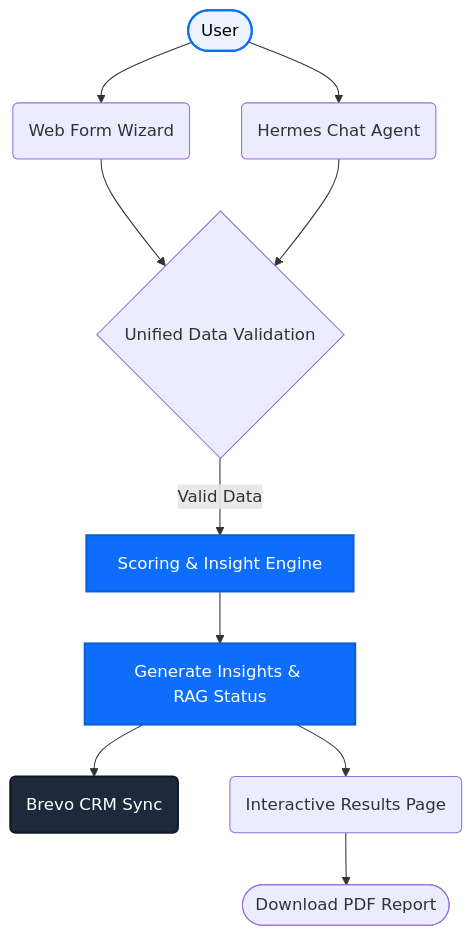
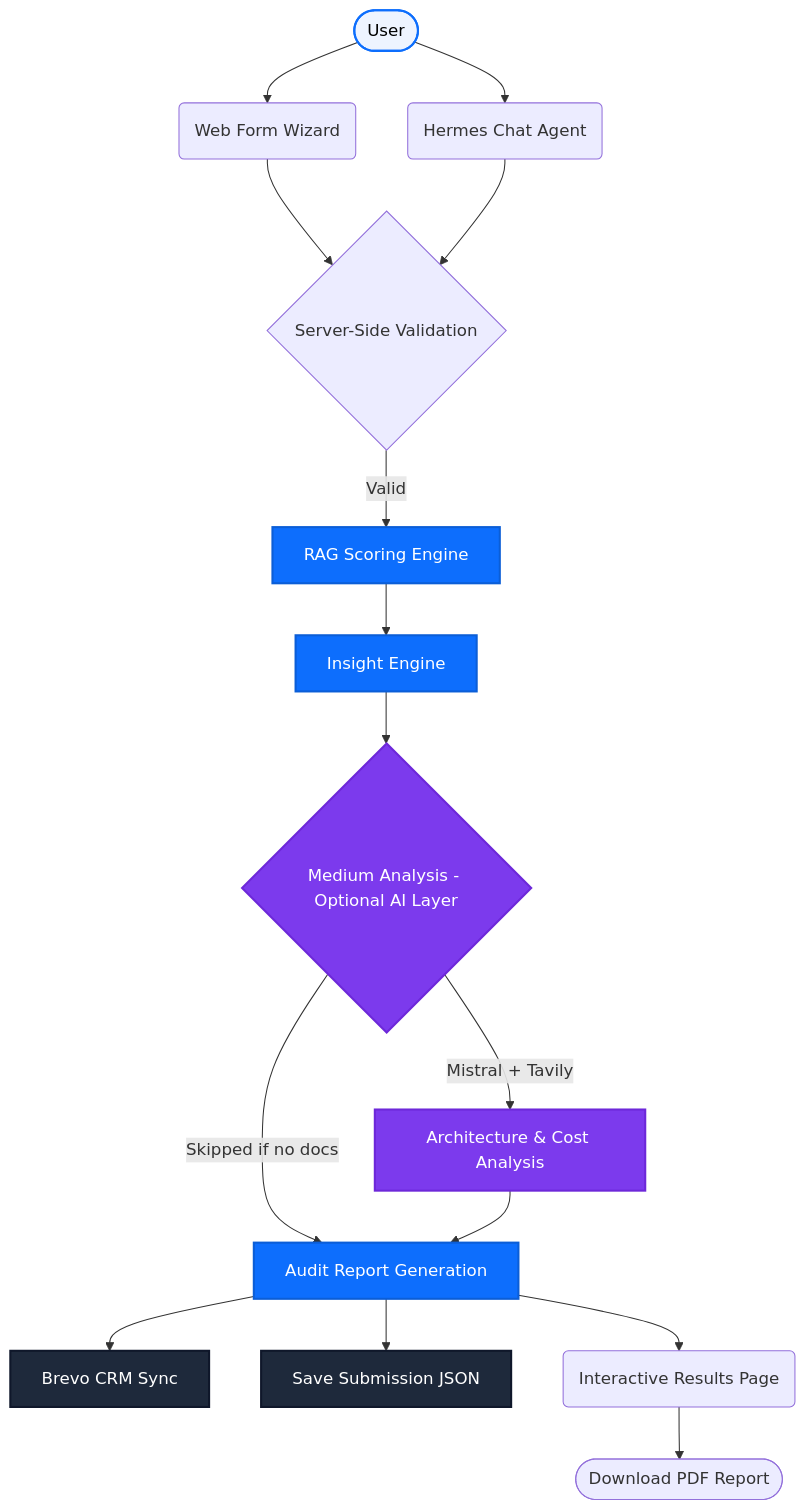
Before and after one commit to SpearmintTechnolgies/pixel-punch-Audit: the diagram in README.md, drawn with Mermaid. The commit also changed other lines of this file, not shown here.

````diff
--- a/README.md
+++ b/README.md
@@ -19,23 +27,29 @@
 ```mermaid
 graph TD
-    %% Styling
-    classDef user fill:#eef4ff,stroke:#0d6efd,stroke-width:2px,color:#000
-    classDef engine fill:#0d6efd,stroke:#0b5ed7,stroke-width:2px,color:#fff
-    classDef backend fill:#1e293b,stroke:#0f172a,stroke-width:2px,color:#fff
-    
+    classDef user     fill:#eef4ff,stroke:#0d6efd,stroke-width:2px,color:#000
+    classDef engine   fill:#0d6efd,stroke:#0b5ed7,stroke-width:2px,color:#fff
+    classDef ai       fill:#7c3aed,stroke:#6d28d9,stroke-width:2px,color:#fff
+    classDef backend  fill:#1e293b,stroke:#0f172a,stroke-width:2px,color:#fff
+
     A([User]) --> B(Web Form Wizard)
-    A --> C(Hermes Chat Agent)
-    
-    B --> D{Unified Data Validation}
+    A         --> C(Hermes Chat Agent)
+
+    B --> D{Server-Side Validation}
     C --> D
-    
-    D -->|Valid Data| E[Scoring & Insight Engine]:::engine
-    E --> F[Generate Insights & RAG Status]:::engine
-    
-    F --> G(Brevo CRM Sync):::backend
-    F --> H(Interactive Results Page)
-    
-    H --> I([Download PDF Report])
-    
+
+    D -->|Valid| E[RAG Scoring Engine]:::engine
+    E --> F[Insight Engine]:::engine
+
+    F --> G{Medium Analysis - Optional AI Layer}:::ai
+    G -->|Mistral + Tavily| H[Architecture & Cost Analysis]:::ai
+    G -->|Skipped if no docs| I[Audit Report Generation]:::engine
+
+    H --> I
+    I --> J[Brevo CRM Sync]:::backend
+    I --> K[Save Submission JSON]:::backend
+    I --> L(Interactive Results Page)
+
+    L --> M([Download PDF Report])
+
     class A user;
 ```
````
